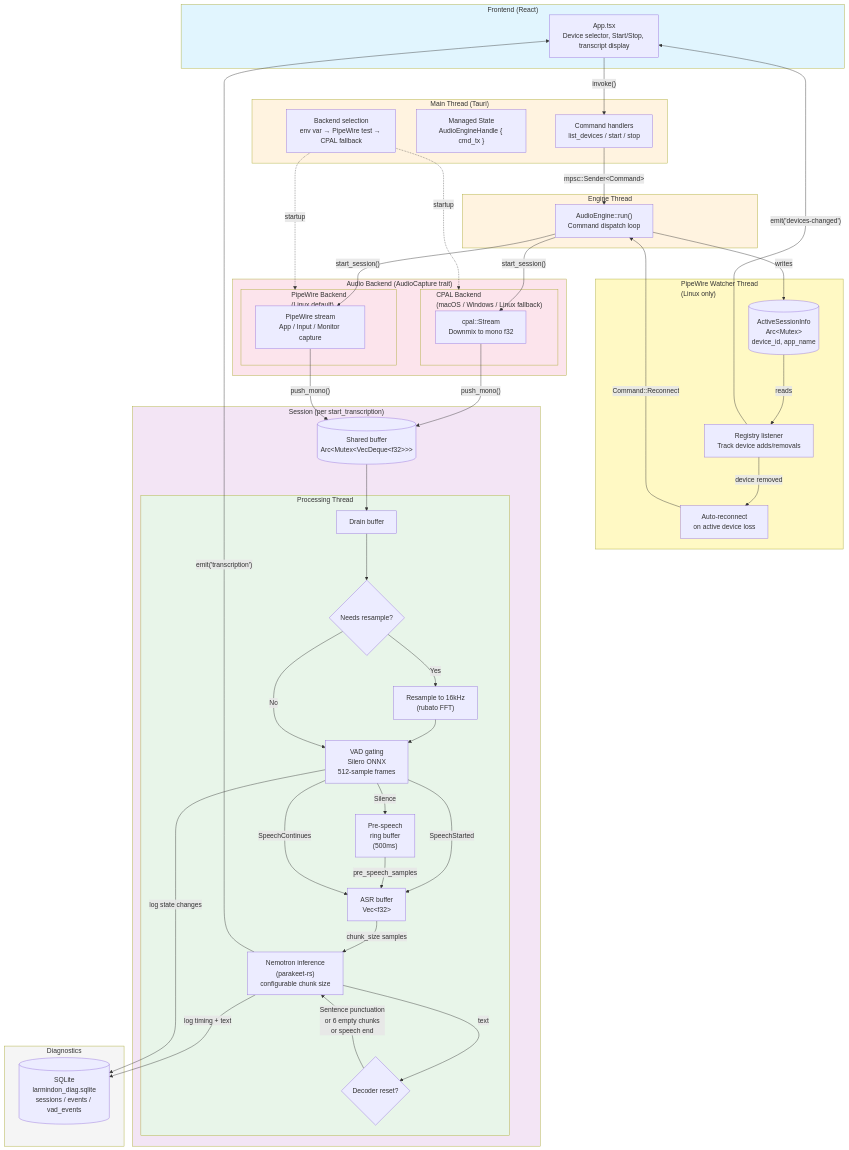
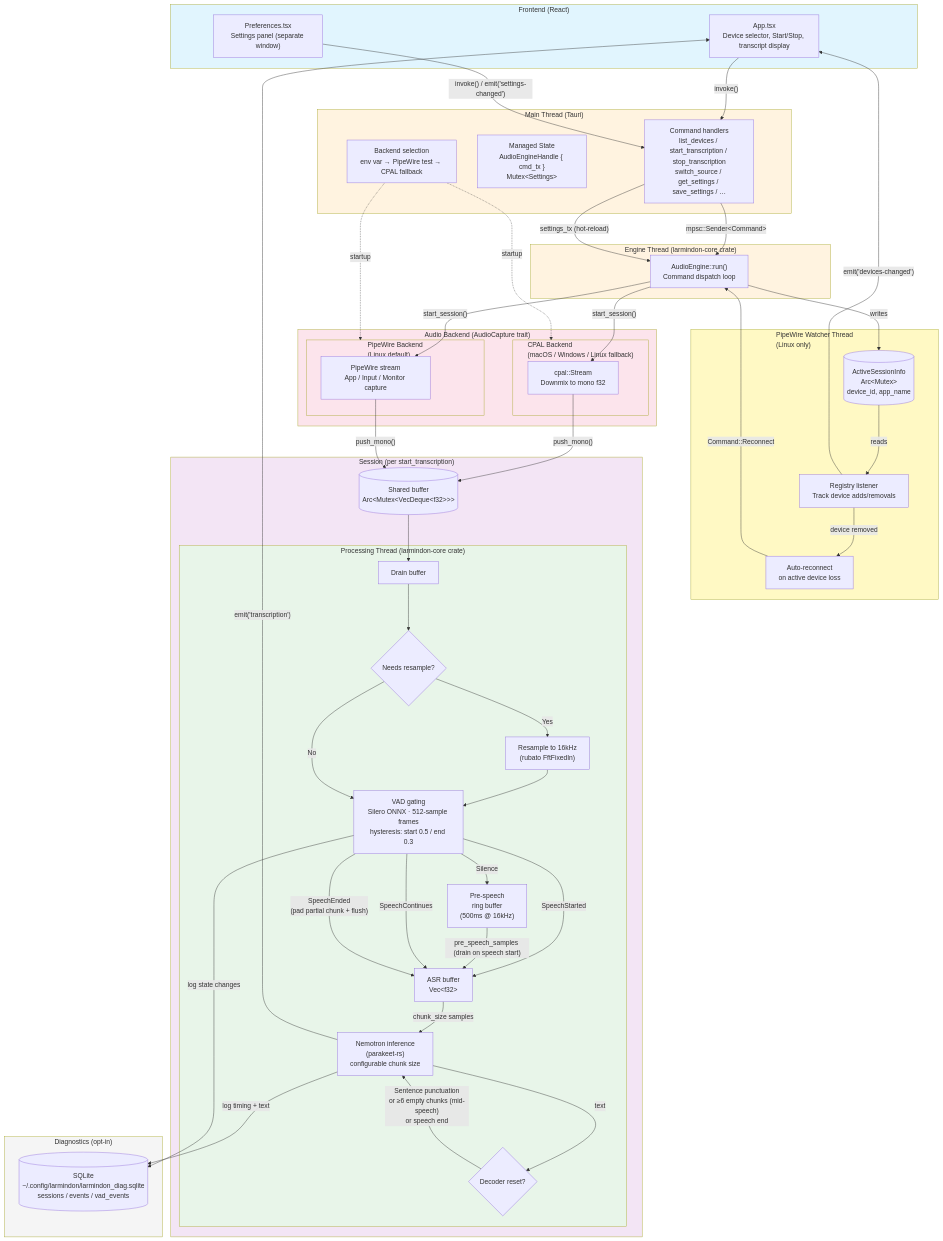
The diagram in README.md (edmistond/larmindon), drawn with Mermaid before and after one commit. The commit also changed other lines of this file and 3 other files, not shown here.

First line of the commit message:
docs: update visualization and README diagram for accuracy

```diff
--- a/README.md
+++ b/README.md
@@ -18,15 +18,16 @@
 graph TB
     subgraph Frontend ["Frontend (React)"]
         UI["App.tsx<br/>Device selector, Start/Stop, transcript display"]
+        PREFS["Preferences.tsx<br/>Settings panel (separate window)"]
     end
 
     subgraph Tauri ["Main Thread (Tauri)"]
-        CMD["Command handlers<br/>list_devices / start / stop"]
-        STATE["Managed State<br/>AudioEngineHandle { cmd_tx }"]
+        CMD["Command handlers<br/>list_devices / start_transcription / stop_transcription<br/>switch_source / get_settings / save_settings / …"]
+        STATE["Managed State<br/>AudioEngineHandle { cmd_tx }<br/>Mutex&lt;Settings&gt;"]
         SELECT["Backend selection<br/>env var → PipeWire test → CPAL fallback"]
     end
 
-    subgraph Engine ["Engine Thread"]
+    subgraph Engine ["Engine Thread (larmindon-core crate)"]
         LOOP["AudioEngine::run()<br/>Command dispatch loop"]
     end
 
@@ -49,24 +50,26 @@
     subgraph Session ["Session (per start_transcription)"]
         BUFFER[("Shared buffer<br/>Arc&lt;Mutex&lt;VecDeque&lt;f32&gt;&gt;&gt;")]
 
-        subgraph Processing ["Processing Thread"]
+        subgraph Processing ["Processing Thread (larmindon-core crate)"]
             DRAIN["Drain buffer"]
             RESAMPLE{"Needs resample?"}
-            RUBATO["Resample to 16kHz<br/>(rubato FFT)"]
-            VAD["VAD gating<br/>Silero ONNX<br/>512-sample frames"]
-            RING["Pre-speech<br/>ring buffer<br/>(500ms)"]
+            RUBATO["Resample to 16kHz<br/>(rubato FftFixedIn)"]
+            VAD["VAD gating<br/>Silero ONNX · 512-sample frames<br/>hysteresis: start 0.5 / end 0.3"]
+            RING["Pre-speech<br/>ring buffer<br/>(500ms @ 16kHz)"]
             ASR_BUF["ASR buffer<br/>Vec&lt;f32&gt;"]
             ASR["Nemotron inference<br/>(parakeet-rs)<br/>configurable chunk size"]
             RESET{"Decoder reset?"}
         end
     end
 
-    subgraph Diagnostics ["Diagnostics"]
-        DB[("SQLite<br/>larmindon_diag.sqlite<br/>sessions / events / vad_events")]
+    subgraph Diagnostics ["Diagnostics (opt-in)"]
+        DB[("SQLite<br/>~/.config/larmindon/larmindon_diag.sqlite<br/>sessions / events / vad_events")]
     end
 
     UI -- "invoke()" --> CMD
+    PREFS -- "invoke() / emit('settings-changed')" --> CMD
     CMD -- "mpsc::Sender&lt;Command&gt;" --> LOOP
+    CMD -- "settings_tx (hot-reload)" --> LOOP
     SELECT -. "startup" .-> CPAL_BE
     SELECT -. "startup" .-> PW_BE
     LOOP -- "start_session()" --> CPAL_CAP
@@ -84,11 +87,12 @@
     RESAMPLE -- "No" --> VAD
     VAD -- "Silence" --> RING
     VAD -- "SpeechStarted" --> ASR_BUF
-    RING -- "pre_speech_samples" --> ASR_BUF
+    RING -- "pre_speech_samples (drain on speech start)" --> ASR_BUF
     VAD -- "SpeechContinues" --> ASR_BUF
+    VAD -- "SpeechEnded<br/>(pad partial chunk + flush)" --> ASR_BUF
     ASR_BUF -- "chunk_size samples" --> ASR
     ASR -- "text" --> RESET
-    RESET -- "Sentence punctuation<br/>or 6 empty chunks<br/>or speech end" --> ASR
+    RESET -- "Sentence punctuation<br/>or ≥6 empty chunks (mid-speech)<br/>or speech end" --> ASR
     ASR -- "emit('transcription')" --> UI
     ASR -- "log timing + text" --> DB
     VAD -- "log state changes" --> DB
```
